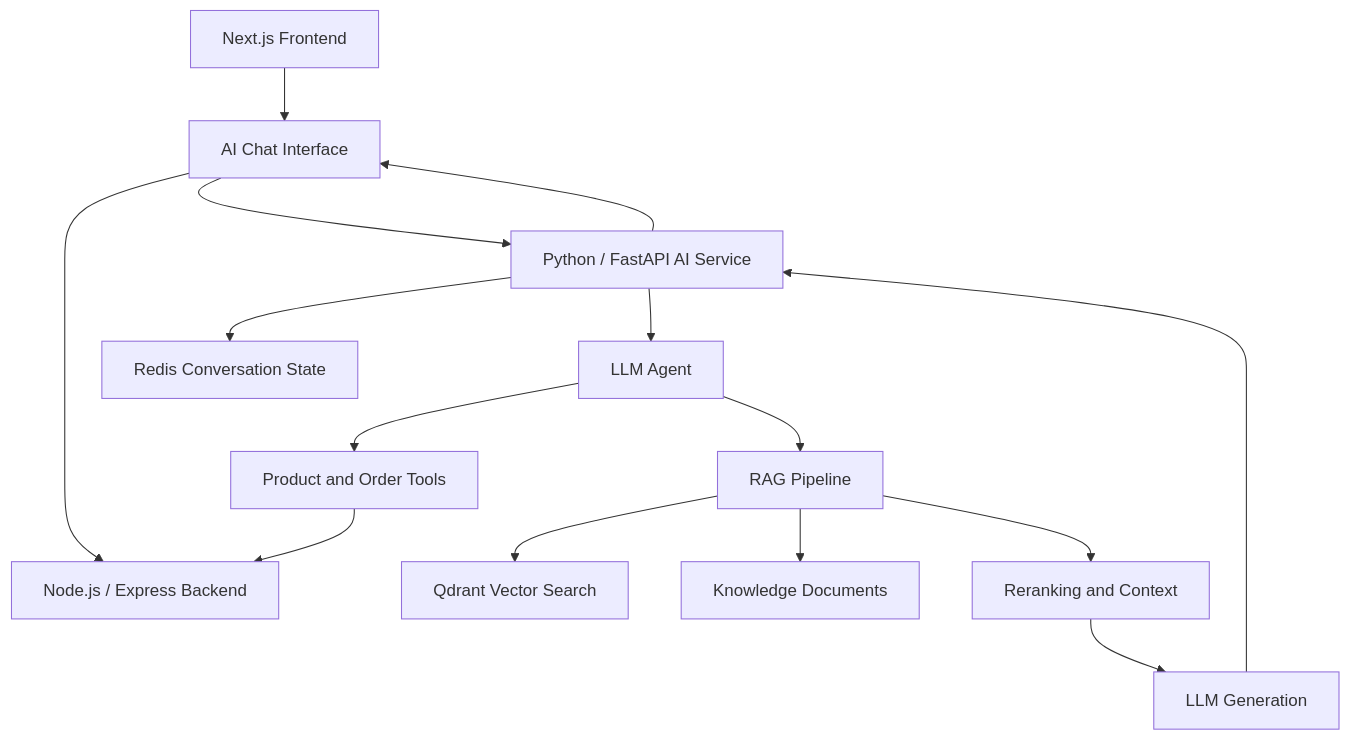
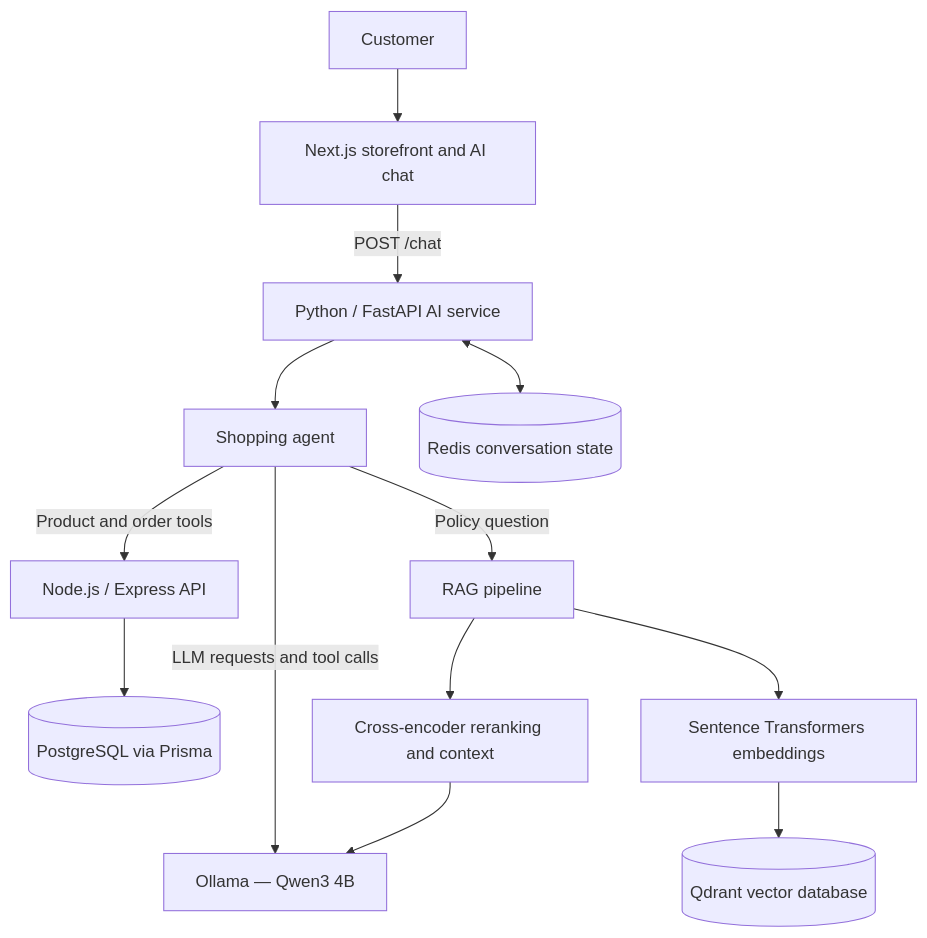
Before and after one commit to PreetsGeethub/kkstore: the diagram in README.md, drawn with Mermaid. The commit also changed other lines of this file, not shown here.

````diff
--- a/README.md
+++ b/README.md
@@ -21,17 +22,15 @@
 ```mermaid
 flowchart TD
-    A[Next.js Frontend] --> B[AI Chat Interface]
-    B --> C[Node.js / Express Backend]
-    B --> D[Python / FastAPI AI Service]
-    D --> E[LLM Agent]
-    E --> F[Product and Order Tools]
-    F --> C
-    E --> G[RAG Pipeline]
-    G --> H[Qdrant Vector Search]
-    G --> I[Knowledge Documents]
-    G --> J[Reranking and Context]
-    J --> K[LLM Generation]
-    D --> L[Redis Conversation State]
-    K --> D
-    D --> B
+    U[Customer] --> FE[Next.js storefront and AI chat]
+    FE -->|POST /chat| AI[Python / FastAPI AI service]
+    AI --> AG[Shopping agent]
+    AG -->|Product and order tools| BE[Node.js / Express API]
+    BE --> DB[(PostgreSQL via Prisma)]
+    AG -->|LLM requests and tool calls| LLM[Ollama — Qwen3 4B]
+    AG -->|Policy question| RAG[RAG pipeline]
+    RAG --> EMB[Sentence Transformers embeddings]
+    EMB --> Q[(Qdrant vector database)]
+    RAG --> RR[Cross-encoder reranking and context]
+    RR --> LLM
+    AI <--> REDIS[(Redis conversation state)]
 ```
````
